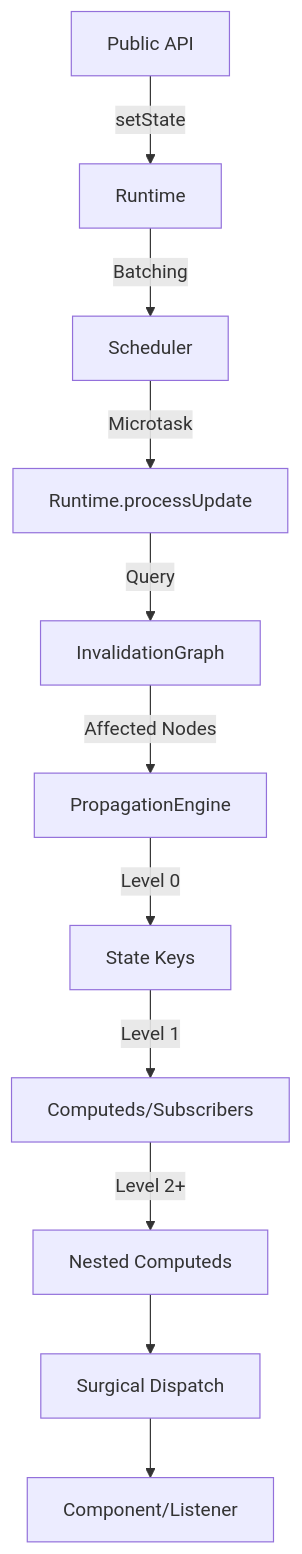
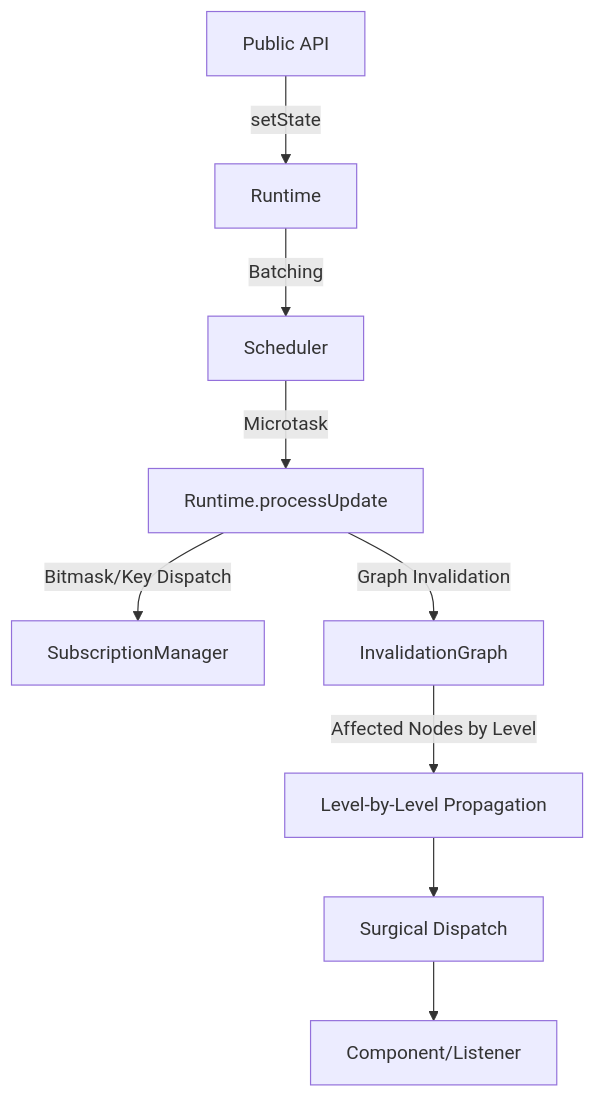
The diagram in documentation/docs/internals/engine.mdx (kasihagustinusT/soulstate), drawn with Mermaid before and after one commit. The commit also changed other lines of this file and 26 other files, not shown here.

````diff
--- a/documentation/docs/internals/engine.mdx
+++ b/documentation/docs/internals/engine.mdx
@@ -24,13 +24,11 @@
 ```mermaid
 graph TD
     A[Public API] -->|setState| B[Runtime];
     B -->|Batching| C[Scheduler];
     C -->|Microtask| D[Runtime.processUpdate];
-    D -->|Query| E[InvalidationGraph];
-    E -->|Affected Nodes| F[PropagationEngine];
-    F -->|Level 0| G[State Keys];
-    G -->|Level 1| H[Computeds/Subscribers];
-    H -->|Level 2+| I[Nested Computeds];
-    I --> J[Surgical Dispatch];
-    J --> K[Component/Listener];
+    D -->|Bitmask/Key Dispatch| E[SubscriptionManager];
+    D -->|Graph Invalidation| F[InvalidationGraph];
+    F -->|Affected Nodes by Level| G[Level-by-Level Propagation];
+    G --> H[Surgical Dispatch];
+    H --> I[Component/Listener];
 ```
````
